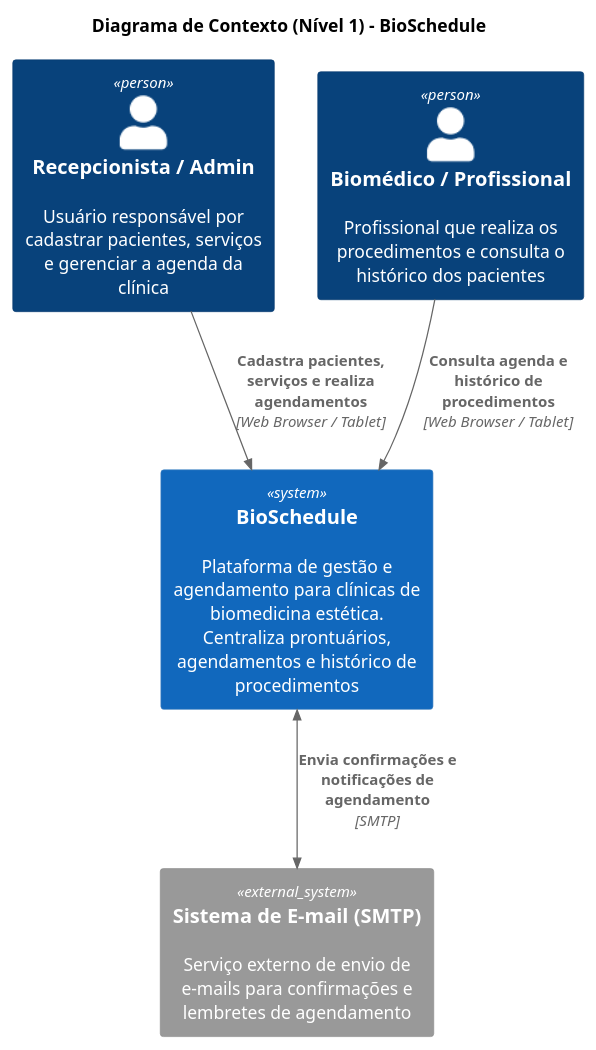
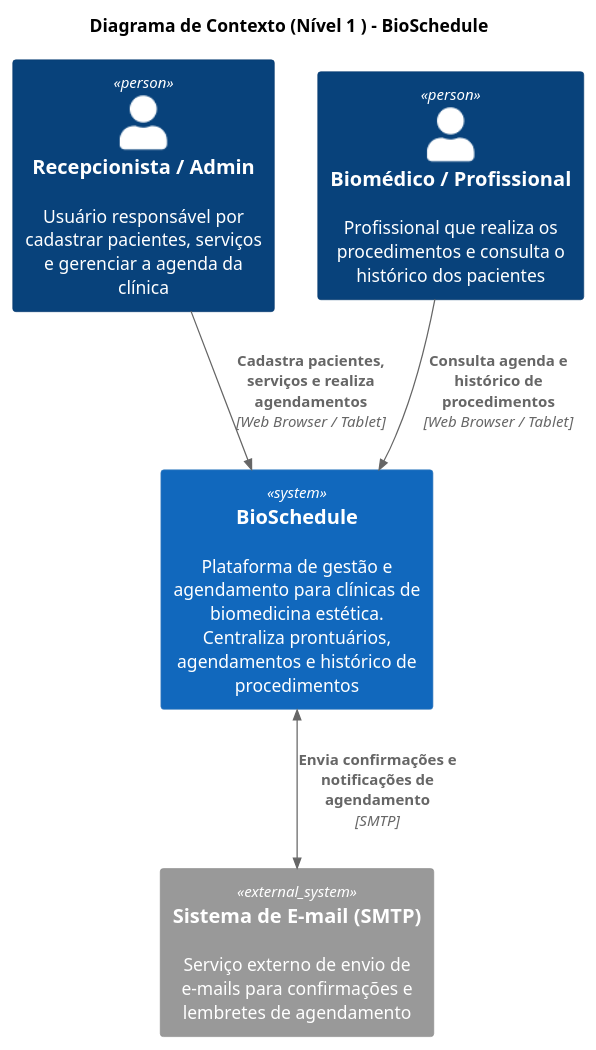
Before and after one commit to rique1011/Sistema-de-Gest-o-e-Agendamento-Est-tico: the diagram in bioschedule_c4_nivel1_contexto.puml, drawn with PlantUML.

Commit message:
Update PlantUML include and title formatting

```diff
--- a/bioschedule_c4_nivel1_contexto.puml
+++ b/bioschedule_c4_nivel1_contexto.puml
@@ -1,17 +1,17 @@
 @startuml C4_Context_BioSchedule
-!include https://raw.githubusercontent.com/RicardoNiepel/C4-PlantUML/master/C4_Context.puml
+!include https://raw.githubusercontent.com/plantuml-stdlib/C4-PlantUML/master/C4_Context.puml
 
-title Diagrama de Contexto (Nível 1) - BioSchedule
+title Diagrama de Contexto (Nível 1 ) - BioSchedule
 
 Person(recepcionista, "Recepcionista / Admin", "Usuário responsável por cadastrar pacientes, serviços e gerenciar a agenda da clínica")
 Person(biomedico, "Biomédico / Profissional", "Profissional que realiza os procedimentos e consulta o histórico dos pacientes")
 
 System(bioschedule, "BioSchedule", "Plataforma de gestão e agendamento para clínicas de biomedicina estética. Centraliza prontuários, agendamentos e histórico de procedimentos")
 
 System_Ext(email_system, "Sistema de E-mail (SMTP)", "Serviço externo de envio de e-mails para confirmações e lembretes de agendamento")
 
 Rel(recepcionista, bioschedule, "Cadastra pacientes, serviços e realiza agendamentos", "Web Browser / Tablet")
 Rel(biomedico, bioschedule, "Consulta agenda e histórico de procedimentos", "Web Browser / Tablet")
 BiRel(bioschedule, email_system, "Envia confirmações e notificações de agendamento", "SMTP")
 
 @enduml
```
